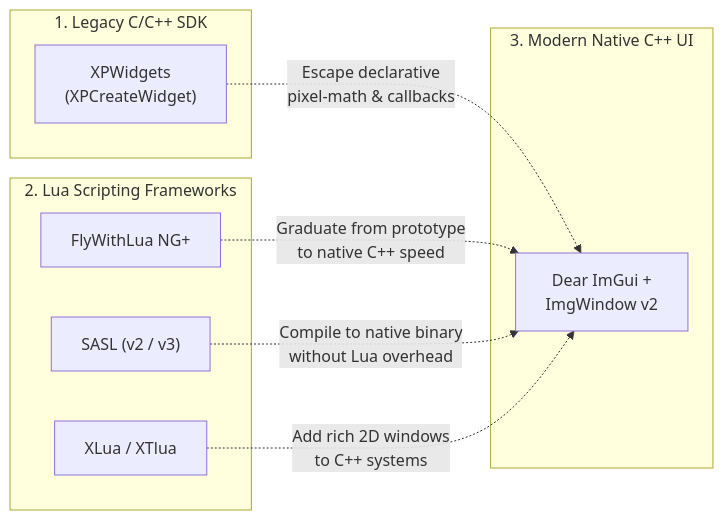
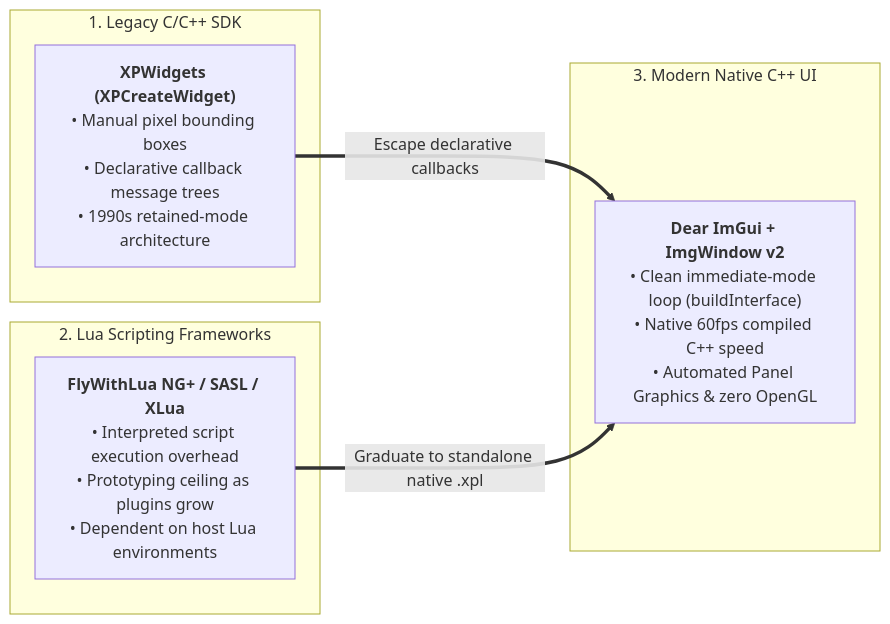
The first of 2 diagrams in docs/how-to/Ground-School.md (slgoldberg/ImgWindow), drawn with Mermaid before and after one commit.

Commit message:
docs: Fix overlapping labels in Ground School architecture diagram
- Group Lua frameworks and replace 4 overlapping converging arrows with a clean 2-way funnel
- Move detailed characteristics into node bullet lists to eliminate label collisions

````diff
--- a/docs/how-to/Ground-School.md
+++ b/docs/how-to/Ground-School.md
@@ -20,21 +20,17 @@
 ```mermaid
 flowchart LR
     subgraph Legacy["1. Legacy C/C++ SDK"]
-        XPW["XPWidgets\n(XPCreateWidget)"]
+        XPW["<b>XPWidgets (XPCreateWidget)</b><br/>• Manual pixel bounding boxes<br/>• Declarative callback message trees<br/>• 1990s retained-mode architecture"]
     end
 
     subgraph Scripting["2. Lua Scripting Frameworks"]
-        FWL["FlyWithLua NG+"]
-        SASL["SASL (v2 / v3)"]
-        XLua["XLua / XTlua"]
+        Lua["<b>FlyWithLua NG+ / SASL / XLua</b><br/>• Interpreted script execution overhead<br/>• Prototyping ceiling as plugins grow<br/>• Dependent on host Lua environments"]
     end
 
     subgraph Modern["3. Modern Native C++ UI"]
-        ImGui["Dear ImGui +\nImgWindow v2"]
+        ImGui["<b>Dear ImGui + ImgWindow v2</b><br/>• Clean immediate-mode loop (buildInterface)<br/>• Native 60fps compiled C++ speed<br/>• Automated Panel Graphics & zero OpenGL"]
     end
 
-    XPW -.->|"Escape declarative\npixel-math & callbacks"| ImGui
-    FWL -.->|"Graduate from prototype\nto native C++ speed"| ImGui
-    SASL -.->|"Compile to native binary\nwithout Lua overhead"| ImGui
-    XLua -.->|"Add rich 2D windows\nto C++ systems"| ImGui
+    XPW ==>|"Escape declarative callbacks"| ImGui
+    Lua ==>|"Graduate to standalone native .xpl"| ImGui
 ```
````
